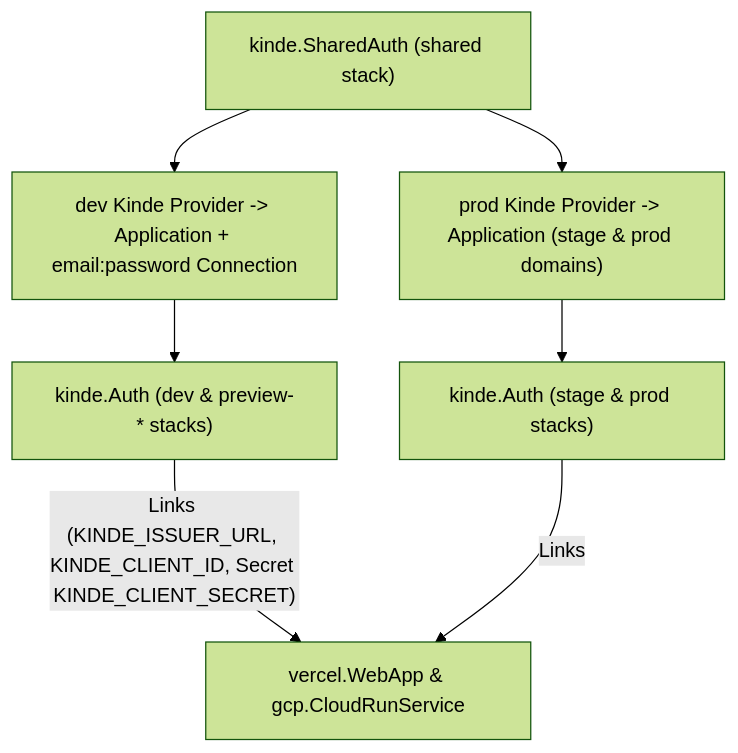
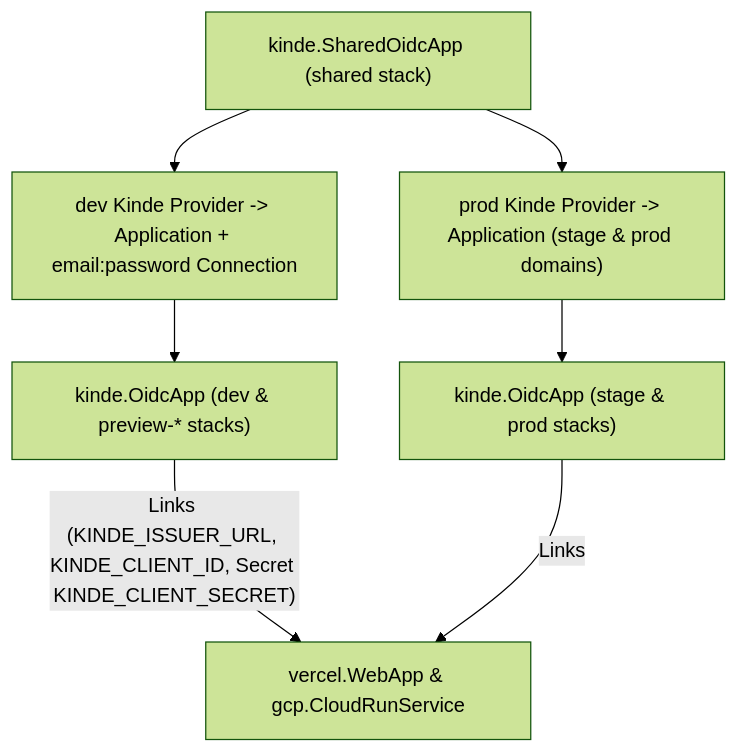
Before and after one commit to cloudvoyant/openbase: the diagram in docs/architecture/providers/kinde.md, drawn with Mermaid (forest theme). The commit also changed other lines of this file and 104 other files, not shown here.

````diff
--- a/docs/architecture/providers/kinde.md
+++ b/docs/architecture/providers/kinde.md
@@ -25,9 +25,9 @@
 ```mermaid
 flowchart TD
-    Shared["kinde.SharedAuth (shared stack)"] --> DevProv["dev Kinde Provider -> Application + email:password Connection"]
+    Shared["kinde.SharedOidcApp (shared stack)"] --> DevProv["dev Kinde Provider -> Application + email:password Connection"]
     Shared --> ProdProv["prod Kinde Provider -> Application (stage & prod domains)"]
-    DevProv --> DevAuth["kinde.Auth (dev & preview-* stacks)"]
-    ProdProv --> ProdAuth["kinde.Auth (stage & prod stacks)"]
-    DevAuth -->|"Links (KINDE_ISSUER_URL, KINDE_CLIENT_ID, Secret KINDE_CLIENT_SECRET)"| Apps["vercel.WebApp & gcp.CloudRunService"]
-    ProdAuth -->|"Links"| Apps
+    DevProv --> DevOidc["kinde.OidcApp (dev & preview-* stacks)"]
+    ProdProv --> ProdOidc["kinde.OidcApp (stage & prod stacks)"]
+    DevOidc -->|"Links (KINDE_ISSUER_URL, KINDE_CLIENT_ID, Secret KINDE_CLIENT_SECRET)"| Apps["vercel.WebApp & gcp.CloudRunService"]
+    ProdOidc -->|"Links"| Apps
 ```
````
